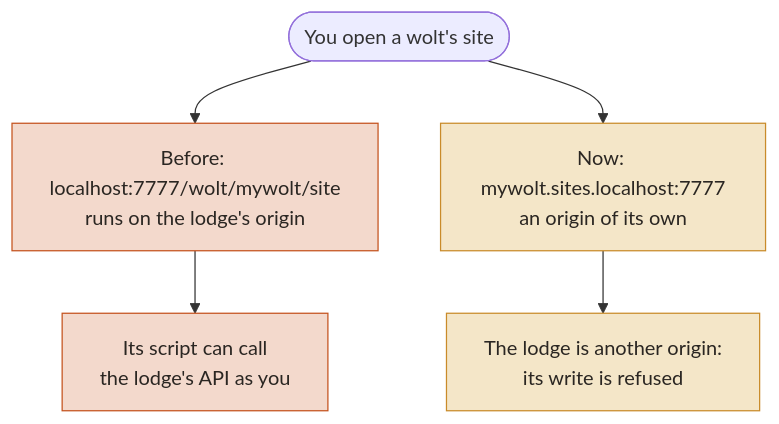
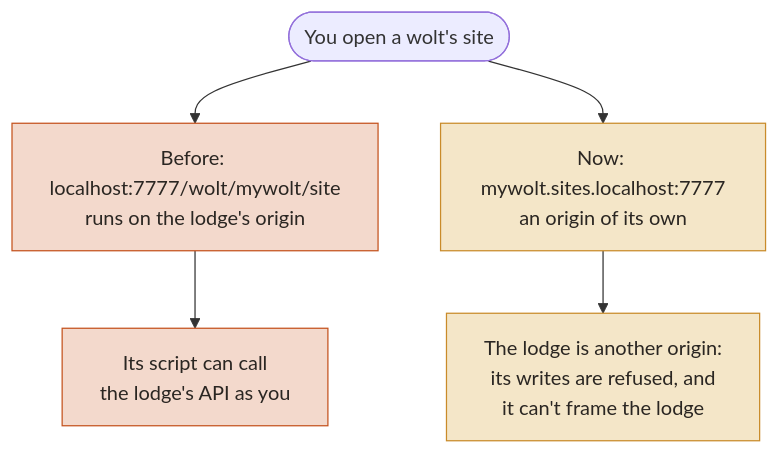
Before and after one commit to jerpint/woltspace: the second of 6 diagrams in docs/0.6.md, drawn with Mermaid. The commit also changed 17 other files, not shown here.

Commit message:
Act on second review: only the lodge can frame the lodge, the split view goes through the Mill, forgetting a browser ends its sockets, no lockout from guessed codes, connect finds the lodge's address wherever it's read

````diff
--- a/docs/0.6.md
+++ b/docs/0.6.md
@@ -47,9 +47,9 @@
 ```mermaid
 flowchart TD
   O([You open a wolt's site]) --> P[Before: localhost:7777/wolt/mywolt/site<br>runs on the lodge's origin]:::bad
   P --> X[Its script can call<br>the lodge's API as you]:::bad
   O --> N[Now: mywolt.sites.localhost:7777<br>an origin of its own]:::new
-  N --> K[The lodge is another origin:<br>its write is refused]:::new
+  N --> K[The lodge is another origin:<br>its writes are refused, and<br>it can't frame the lodge]:::new
   classDef new fill:#f4e6c8,stroke:#C98B2A,color:#2a2622
   classDef bad fill:#f3d9cc,stroke:#C4531E,color:#2a2622
 ```
````
